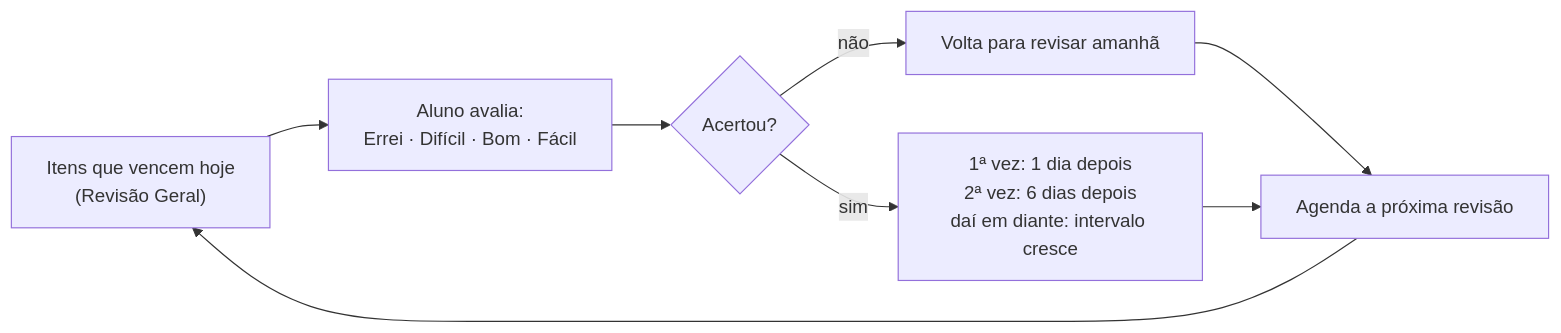
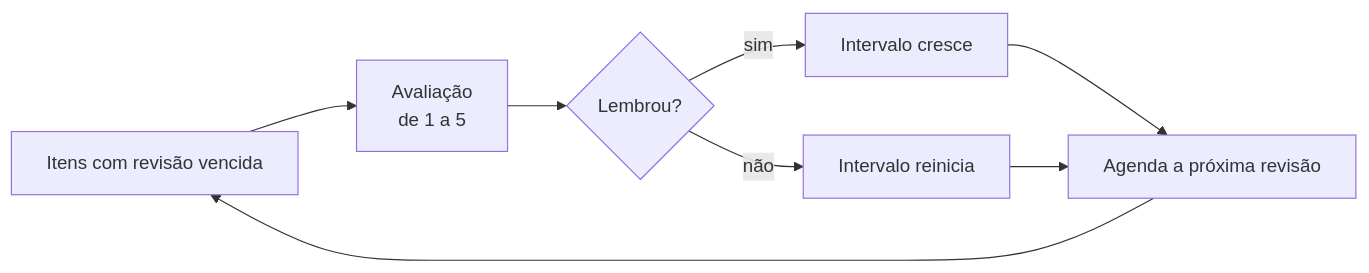
Before and after one commit to joaopedro-albuquerque/bright-edtech-backend: the fifth of 5 diagrams in README.md, drawn with Mermaid. The commit also changed other lines of this file and 2 other files, not shown here.

Commit message:
readme impessoal, em pagina unica, com indice, modelagem e arquitetura

````diff
--- a/README.md
+++ b/README.md
@@ -65,10 +168,10 @@
 ```mermaid
 flowchart LR
-  A["Itens que vencem hoje<br/>(Revisão Geral)"] --> B["Aluno avalia:<br/>Errei · Difícil · Bom · Fácil"]
-  B --> C{"Acertou?"}
-  C -- "não" --> D["Volta para revisar amanhã"]
-  C -- "sim" --> E["1ª vez: 1 dia depois<br/>2ª vez: 6 dias depois<br/>daí em diante: intervalo cresce"]
+  A["Itens com revisão vencida"] --> B["Avaliação<br/>de 1 a 5"]
+  B --> C{"Lembrou?"}
+  C -- "sim" --> D["Intervalo cresce"]
+  C -- "não" --> E["Intervalo reinicia"]
   D --> F["Agenda a próxima revisão"]
   E --> F
   F --> A
 ```
````
